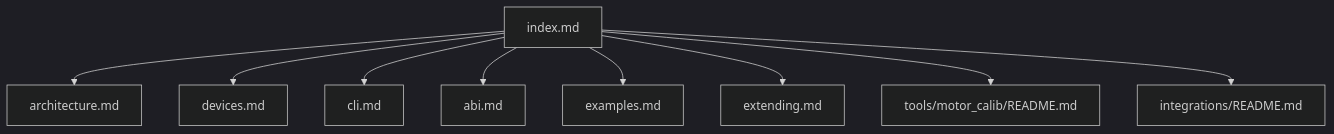
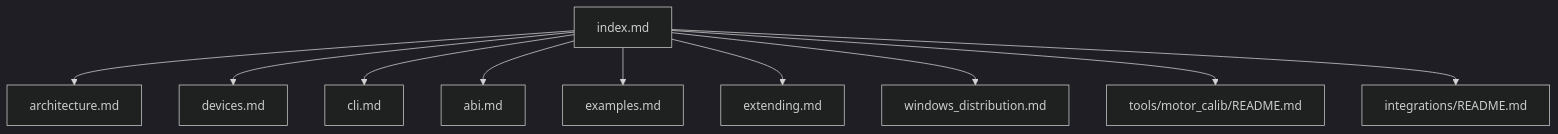
The diagram in docs/en/index.md (tianrking/motorbridge), drawn with Mermaid (dark theme) before and after one commit. The commit also changed other lines of this file and 30 other files, not shown here.

````diff
--- a/docs/en/index.md
+++ b/docs/en/index.md
@@ -7,11 +7,12 @@
 ```mermaid
 flowchart TD
   IDX["index.md"] --> ARCH["architecture.md"]
   IDX --> DEV["devices.md"]
   IDX --> CLI["cli.md"]
   IDX --> ABI["abi.md"]
   IDX --> EX["examples.md"]
   IDX --> EXT["extending.md"]
+  IDX --> WIN["windows_distribution.md"]
   IDX --> CAL["tools/motor_calib/README.md"]
   IDX --> INT["integrations/README.md"]
 ```
````
